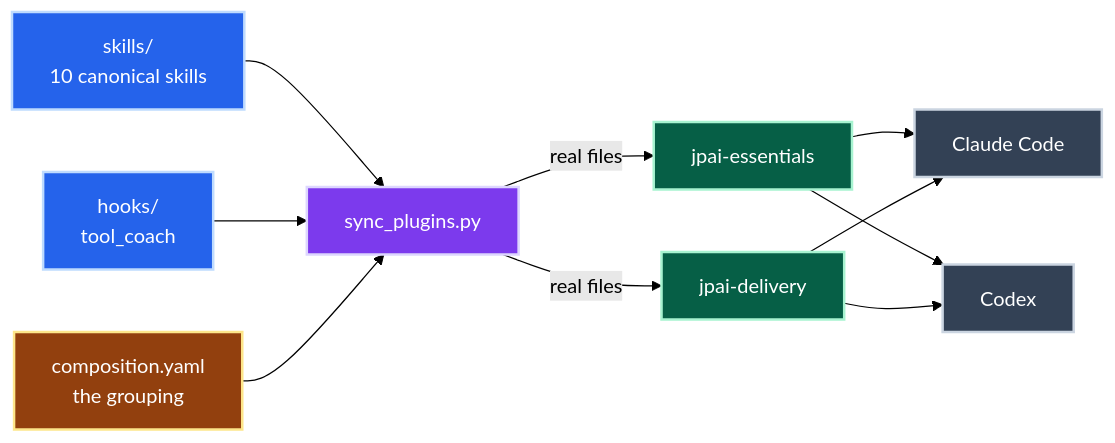
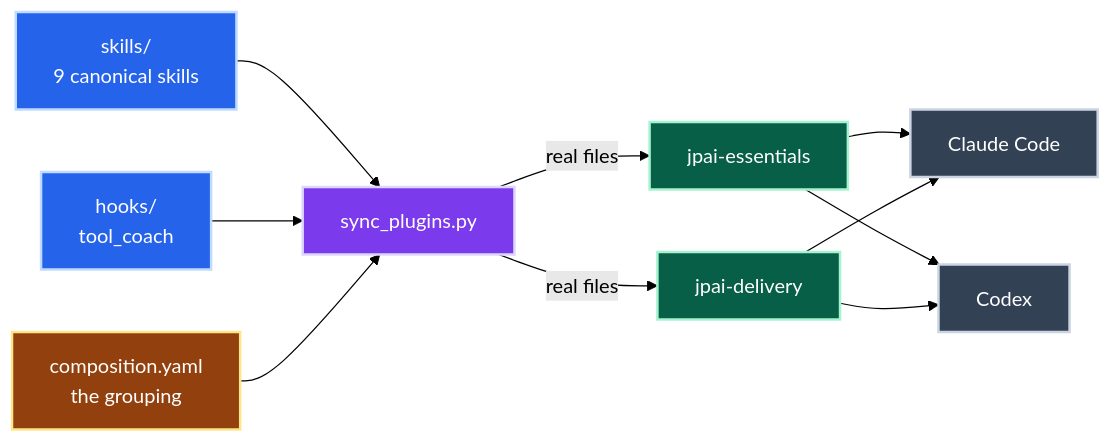
One commit to jpeakai/skills changed the first of 2 diagrams in README.md. Above: the diagram before and after it, drawn with Mermaid (forest theme). The commit also changed other lines of this file and 135 other files, not shown here.

````diff
--- a/README.md
+++ b/README.md
@@ -125,27 +124,27 @@
 ```mermaid
 flowchart LR
-    SK["skills/<br/>10 canonical skills"]:::src
+    SK["skills/<br/>9 canonical skills"]:::src
     HK["hooks/<br/>tool_coach"]:::src
     CF["composition.yaml<br/>the grouping"]:::cfg
     SY["sync_plugins.py"]:::proc
     ES["jpai-essentials"]:::pack
     DL["jpai-delivery"]:::pack
     CC["Claude Code"]:::host
     CX["Codex"]:::host
 
     SK --> SY
     HK --> SY
     CF --> SY
     SY -->|real files| ES
     SY -->|real files| DL
     ES --> CC
     ES --> CX
     DL --> CC
     DL --> CX
 
     classDef src   fill:#2563eb,stroke:#bfdbfe,color:#ffffff,stroke-width:2px
     classDef cfg   fill:#92400e,stroke:#fde68a,color:#ffffff,stroke-width:2px
     classDef proc  fill:#7c3aed,stroke:#ddd6fe,color:#ffffff,stroke-width:2px
     classDef pack  fill:#065f46,stroke:#a7f3d0,color:#ffffff,stroke-width:2px
     classDef host  fill:#334155,stroke:#cbd5e1,color:#ffffff,stroke-width:2px
 ```
````
